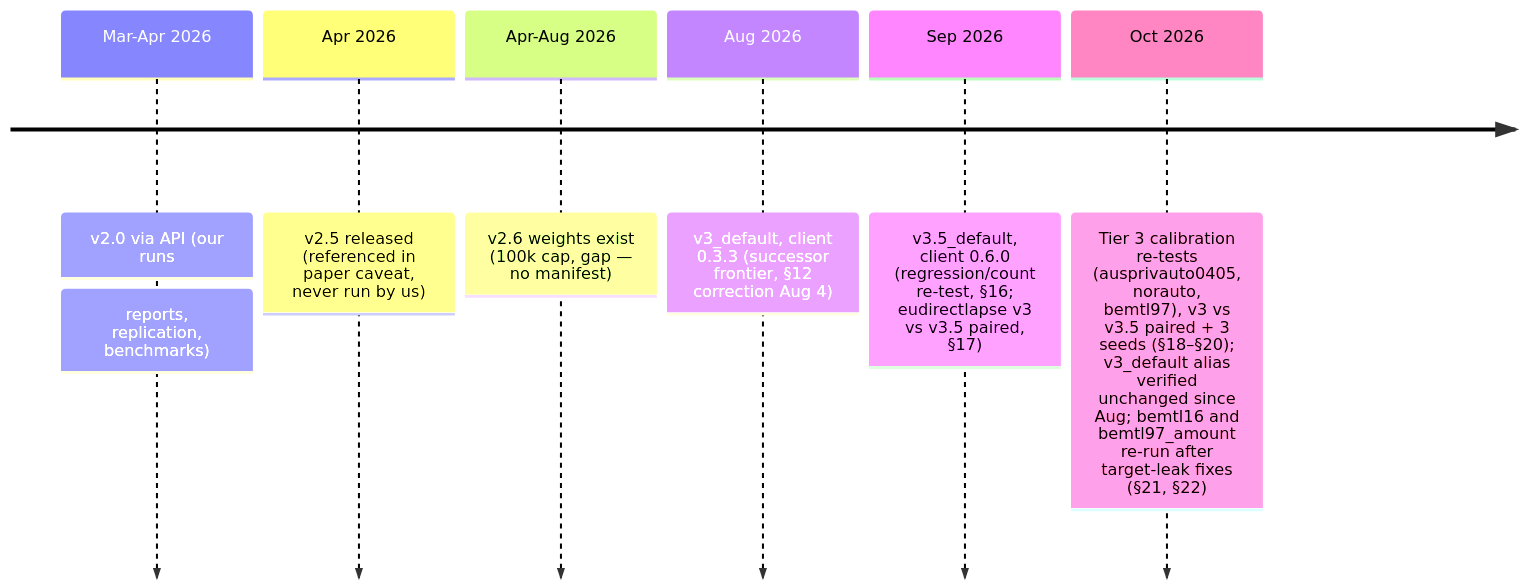
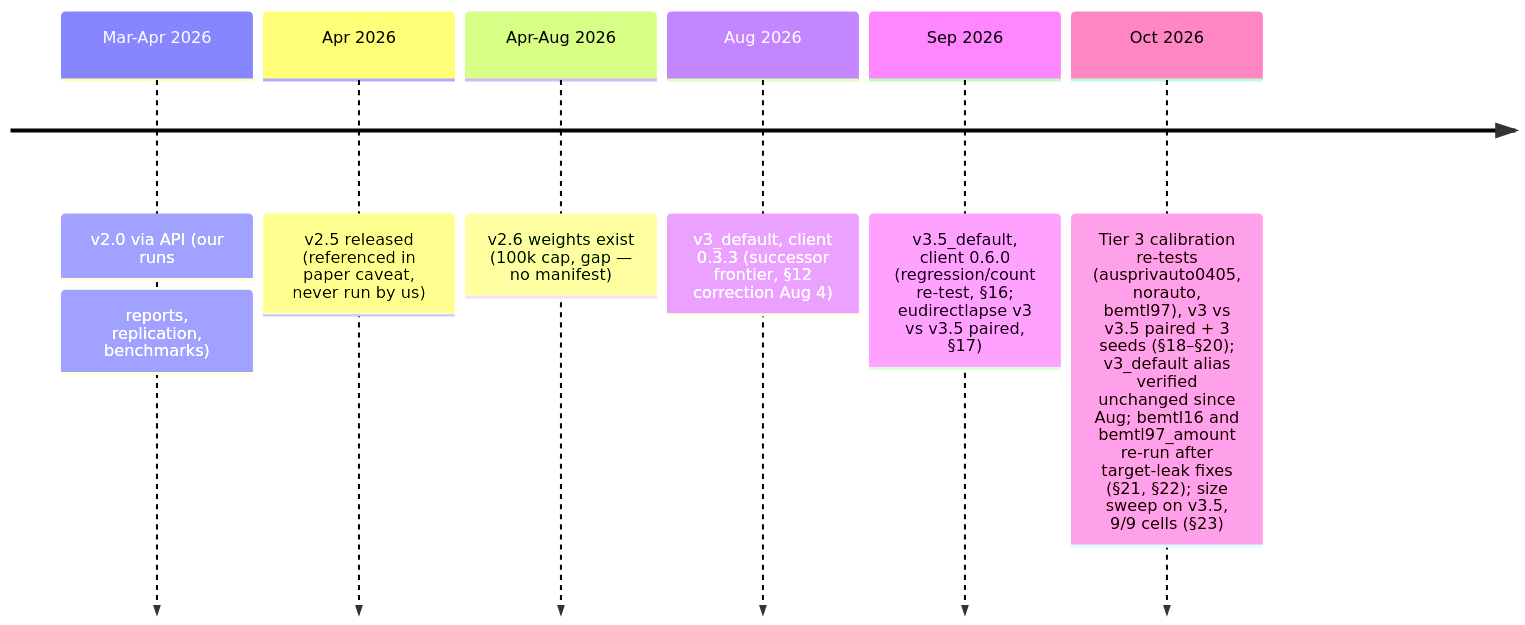
The diagram in docs/MODEL_VERSIONS.md (IFoA-ADSWP/tabular-foundation-model), drawn with Mermaid before and after one commit. The commit also changed other lines of this file and 13 other files, not shown here.

First line of the commit message:
feat: size sweep on TabPFN v3.5 — 9/9 cells won; frontier stops reusing other-version sweep rows (#186)

````diff
--- a/docs/MODEL_VERSIONS.md
+++ b/docs/MODEL_VERSIONS.md
@@ -26,9 +27,9 @@
 ```mermaid
 timeline
     Mar-Apr 2026 : v2.0 via API (our runs: reports, replication, benchmarks)
     Apr 2026 : v2.5 released (referenced in paper caveat, never run by us)
     Apr-Aug 2026 : v2.6 weights exist (100k cap, gap — no manifest)
     Aug 2026 : v3_default, client 0.3.3 (successor frontier, §12 correction Aug 4)
     Sep 2026 : v3.5_default, client 0.6.0 (regression/count re-test, §16; eudirectlapse v3 vs v3.5 paired, §17)
-    Oct 2026 : Tier 3 calibration re-tests (ausprivauto0405, norauto, bemtl97), v3 vs v3.5 paired + 3 seeds (§18–§20); v3_default alias verified unchanged since Aug; bemtl16 and bemtl97_amount re-run after target-leak fixes (§21, §22)
+    Oct 2026 : Tier 3 calibration re-tests (ausprivauto0405, norauto, bemtl97), v3 vs v3.5 paired + 3 seeds (§18–§20); v3_default alias verified unchanged since Aug; bemtl16 and bemtl97_amount re-run after target-leak fixes (§21, §22); size sweep on v3.5, 9/9 cells (§23)
 ```
````
